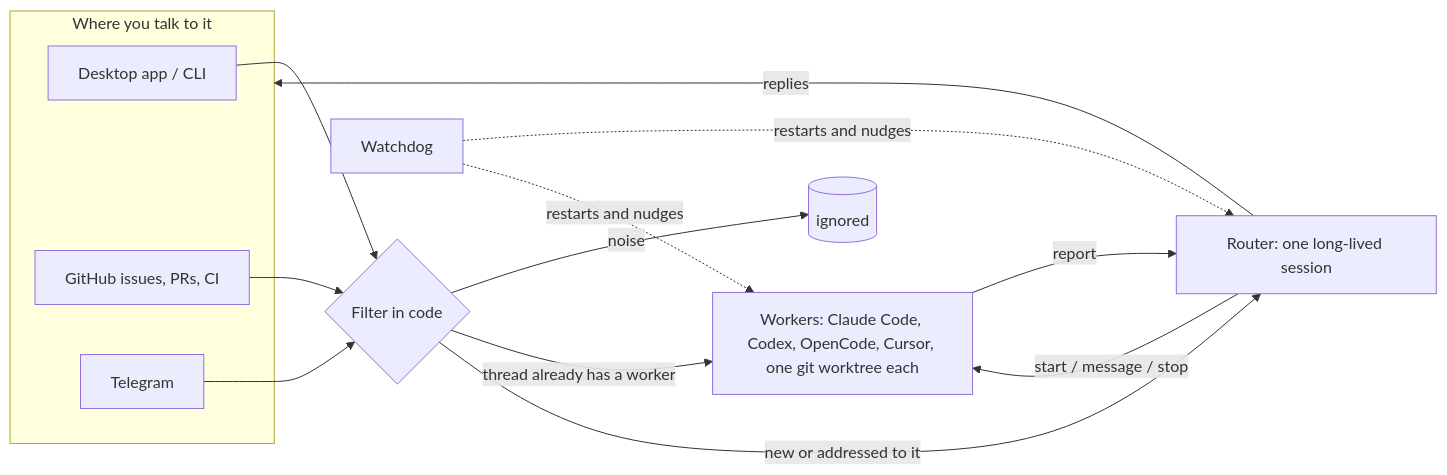
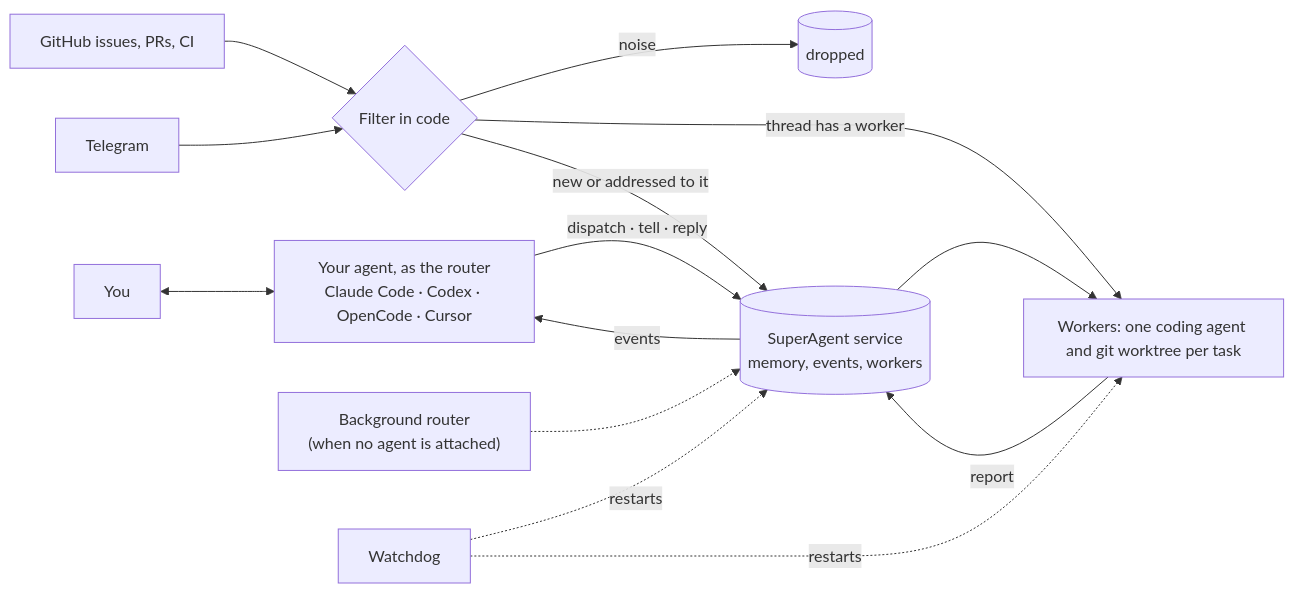
Before and after one commit to imthegoodboy/SuperAgent: the diagram in README.md, drawn with Mermaid. The commit also changed other lines of this file and 72 other files, not shown here.

First line of the commit message:
Make SuperAgent a skill + CLI that turns any coding agent into the router (#9)

````diff
--- a/README.md
+++ b/README.md
@@ -20,16 +44,15 @@
 ```mermaid
 flowchart LR
-  subgraph In[Where you talk to it]
-    A[Desktop app / CLI]
-    B[GitHub issues, PRs, CI]
-    C[Telegram]
-  end
-  A & B & C --> F{Filter in code}
-  F -- noise --> X[(ignored)]
-  F -- thread already has a worker --> W
-  F -- new or addressed to it --> R[Router: one long-lived session]
-  R -- start / message / stop --> W[Workers: Claude Code, Codex, OpenCode, Cursor, one git worktree each]
-  W -- report --> R
-  R -- replies --> In
-  D[Watchdog] -. restarts and nudges .-> R & W
+  U[You] <--> A["Your agent, as the router<br/>Claude Code · Codex · OpenCode · Cursor"]
+  A -- "dispatch · tell · reply" --> S[("SuperAgent service<br/>memory, events, workers")]
+  S -- "events" --> A
+  G[GitHub issues, PRs, CI] --> F{Filter in code}
+  T[Telegram] --> F
+  F -- noise --> X[(dropped)]
+  F -- "thread has a worker" --> W
+  F -- "new or addressed to it" --> S
+  S --> W["Workers: one coding agent and git worktree per task"]
+  W -- report --> S
+  B["Background router<br/>(when no agent is attached)"] -.-> S
+  D[Watchdog] -. restarts .-> S & W
 ```
````
